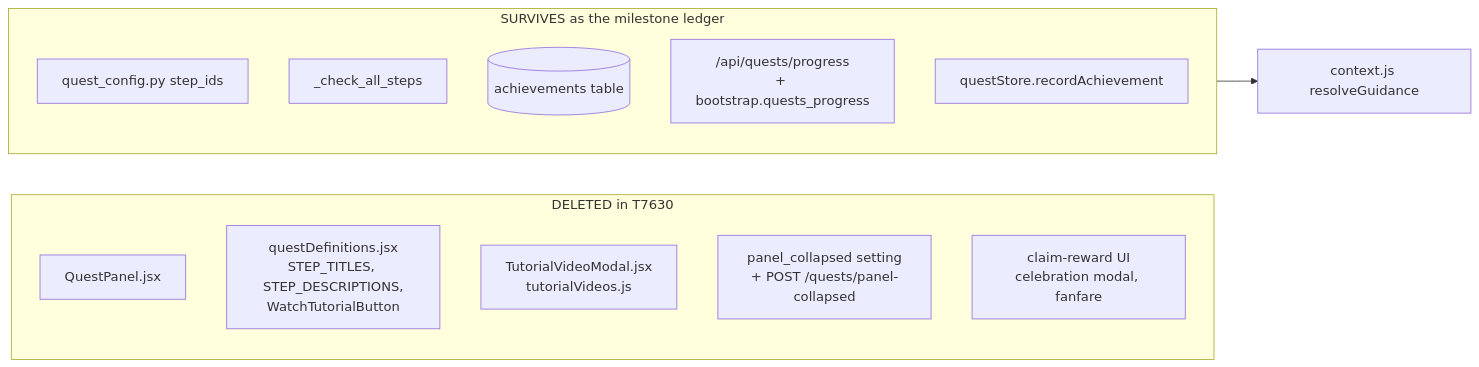
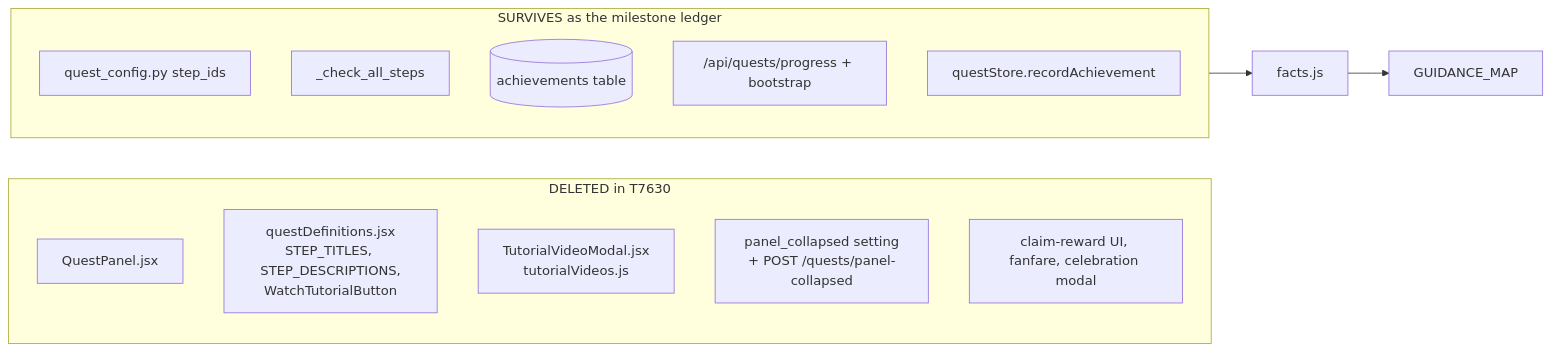
One commit to imankha/video-editor changed the fifth of 5 diagrams in docs/plans/tasks/T7620-design.md. Above: the diagram before and after it, drawn with Mermaid. The commit also changed other lines of this file and 2 other files, not shown here.

Commit message:
T7620: revised design (GUIDANCE_MAP spine, per-screen intent, push posture); WAITING ON USER round 2

````diff
--- a/docs/plans/tasks/T7620-design.md
+++ b/docs/plans/tasks/T7620-design.md
@@ -744,18 +946,18 @@
 ```mermaid
 flowchart LR
     subgraph dies[DELETED in T7630]
         QP[QuestPanel.jsx]
         QD[questDefinitions.jsx<br/>STEP_TITLES, STEP_DESCRIPTIONS,<br/>WatchTutorialButton]
         TVM[TutorialVideoModal.jsx<br/>tutorialVideos.js]
         PC[panel_collapsed setting<br/>+ POST /quests/panel-collapsed]
-        CR[claim-reward UI<br/>celebration modal, fanfare]
+        CR[claim-reward UI, fanfare, celebration modal]
     end
     subgraph lives[SURVIVES as the milestone ledger]
         QC[quest_config.py step_ids]
         CAS[_check_all_steps]
         ACHT[(achievements table)]
-        PROG["/api/quests/progress<br/>+ bootstrap.quests_progress"]
+        PROG["/api/quests/progress + bootstrap"]
         RA[questStore.recordAchievement]
     end
-    lives --> CE[context.js resolveGuidance]
+    lives --> FA[facts.js] --> GM[GUIDANCE_MAP]
 ```
````
